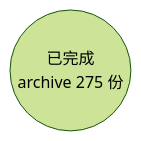
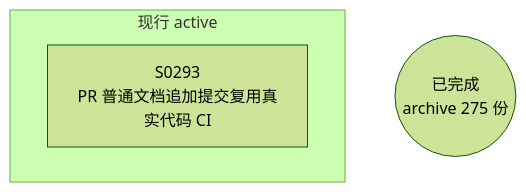
One commit to Halckon/Koven changed the diagram in docs/specs/dependency-graph.md. Above: the diagram before and after it, drawn with Mermaid (forest theme). The commit also changed other lines of this file and 13 other files, not shown here.

````diff
--- a/docs/specs/dependency-graph.md
+++ b/docs/specs/dependency-graph.md
@@ -9,4 +9,7 @@
 ```mermaid
 flowchart TD
 ARCH(("已完成<br/>archive 275 份"))
+subgraph Gactive["现行 active"]
+  S0293["S0293<br/>PR 普通文档追加提交复用真实代码 CI"]
+end
 ```
````
